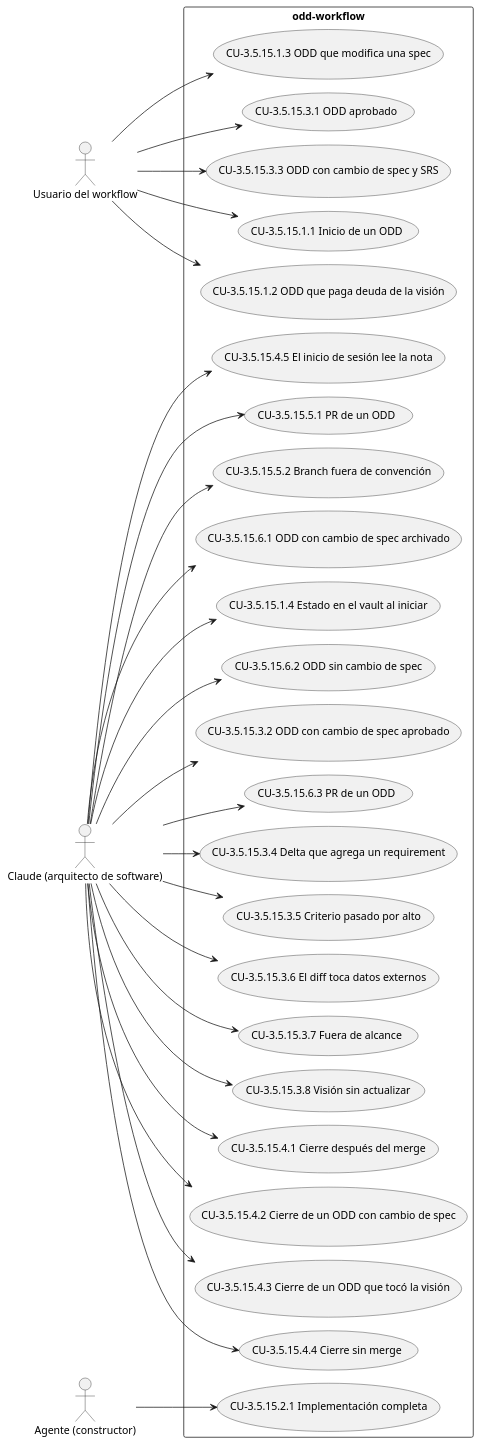
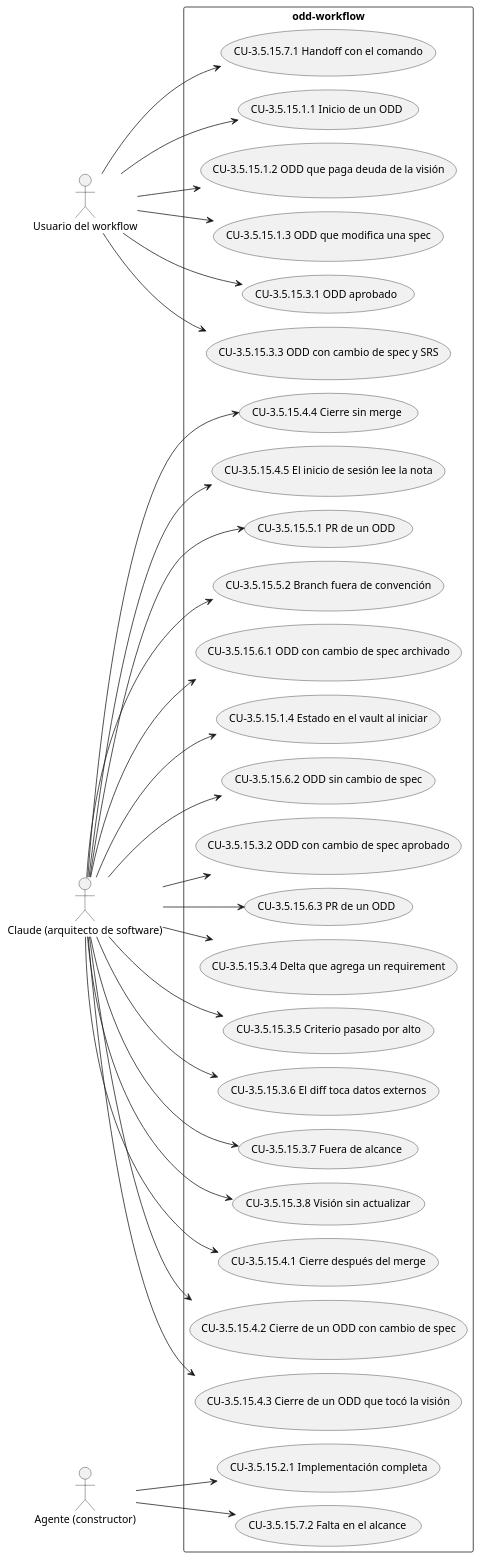
One commit to Lautaro-Montecchiani/sdd-global-config changed the diagram in docs/diagramas/CAP-3.5.15.puml. Above: the diagram before and after it, drawn with PlantUML. The commit also changed 7 other files, not shown here.

```diff
--- a/docs/diagramas/CAP-3.5.15.puml
+++ b/docs/diagramas/CAP-3.5.15.puml
@@ -1,55 +1,59 @@
 @startuml
 !pragma layout smetana
 left to right direction
 actor "Usuario del workflow" as A1
 actor "Claude (arquitecto de software)" as A2
 actor "Agente (constructor)" as A3
 rectangle "odd-workflow" {
   usecase "CU-3.5.15.1.1 Inicio de un ODD" as UC_3_5_15_1_1
   usecase "CU-3.5.15.1.2 ODD que paga deuda de la visión" as UC_3_5_15_1_2
   usecase "CU-3.5.15.1.3 ODD que modifica una spec" as UC_3_5_15_1_3
   usecase "CU-3.5.15.1.4 Estado en el vault al iniciar" as UC_3_5_15_1_4
   usecase "CU-3.5.15.2.1 Implementación completa" as UC_3_5_15_2_1
   usecase "CU-3.5.15.3.1 ODD aprobado" as UC_3_5_15_3_1
   usecase "CU-3.5.15.3.2 ODD con cambio de spec aprobado" as UC_3_5_15_3_2
   usecase "CU-3.5.15.3.3 ODD con cambio de spec y SRS" as UC_3_5_15_3_3
   usecase "CU-3.5.15.3.4 Delta que agrega un requirement" as UC_3_5_15_3_4
   usecase "CU-3.5.15.3.5 Criterio pasado por alto" as UC_3_5_15_3_5
   usecase "CU-3.5.15.3.6 El diff toca datos externos" as UC_3_5_15_3_6
   usecase "CU-3.5.15.3.7 Fuera de alcance" as UC_3_5_15_3_7
   usecase "CU-3.5.15.3.8 Visión sin actualizar" as UC_3_5_15_3_8
   usecase "CU-3.5.15.4.1 Cierre después del merge" as UC_3_5_15_4_1
   usecase "CU-3.5.15.4.2 Cierre de un ODD con cambio de spec" as UC_3_5_15_4_2
   usecase "CU-3.5.15.4.3 Cierre de un ODD que tocó la visión" as UC_3_5_15_4_3
   usecase "CU-3.5.15.4.4 Cierre sin merge" as UC_3_5_15_4_4
   usecase "CU-3.5.15.4.5 El inicio de sesión lee la nota" as UC_3_5_15_4_5
   usecase "CU-3.5.15.5.1 PR de un ODD" as UC_3_5_15_5_1
   usecase "CU-3.5.15.5.2 Branch fuera de convención" as UC_3_5_15_5_2
   usecase "CU-3.5.15.6.1 ODD con cambio de spec archivado" as UC_3_5_15_6_1
   usecase "CU-3.5.15.6.2 ODD sin cambio de spec" as UC_3_5_15_6_2
   usecase "CU-3.5.15.6.3 PR de un ODD" as UC_3_5_15_6_3
+  usecase "CU-3.5.15.7.1 Handoff con el comando" as UC_3_5_15_7_1
+  usecase "CU-3.5.15.7.2 Falta en el alcance" as UC_3_5_15_7_2
 }
 A1 --> UC_3_5_15_1_1
 A1 --> UC_3_5_15_1_2
 A1 --> UC_3_5_15_1_3
 A2 --> UC_3_5_15_1_4
 A3 --> UC_3_5_15_2_1
 A1 --> UC_3_5_15_3_1
 A2 --> UC_3_5_15_3_2
 A1 --> UC_3_5_15_3_3
 A2 --> UC_3_5_15_3_4
 A2 --> UC_3_5_15_3_5
 A2 --> UC_3_5_15_3_6
 A2 --> UC_3_5_15_3_7
 A2 --> UC_3_5_15_3_8
 A2 --> UC_3_5_15_4_1
 A2 --> UC_3_5_15_4_2
 A2 --> UC_3_5_15_4_3
 A2 --> UC_3_5_15_4_4
 A2 --> UC_3_5_15_4_5
 A2 --> UC_3_5_15_5_1
 A2 --> UC_3_5_15_5_2
 A2 --> UC_3_5_15_6_1
 A2 --> UC_3_5_15_6_2
 A2 --> UC_3_5_15_6_3
+A1 --> UC_3_5_15_7_1
+A3 --> UC_3_5_15_7_2
 @enduml
```
